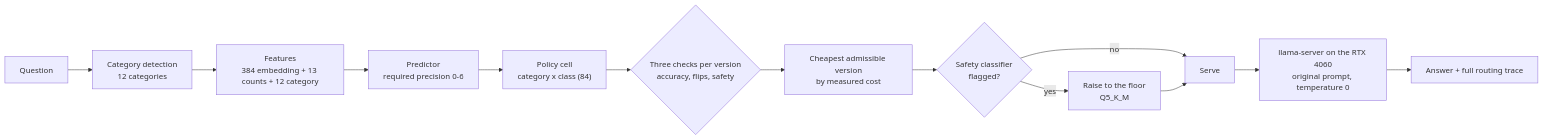
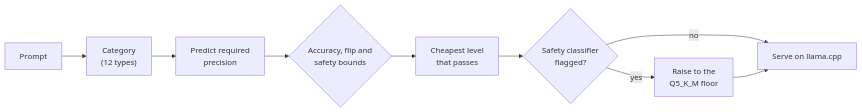
One commit to srikantlose/quant-precision-router changed the diagram in README.md. Above: the diagram before and after it, drawn with Mermaid. The commit also changed other lines of this file and 4 other files, not shown here.

````diff
--- a/README.md
+++ b/README.md
@@ -62,15 +18,11 @@
 ```mermaid
 flowchart LR
-    Q["Question"] --> C["Category detection<br/>12 categories"]
-    C --> F["Features<br/>384 embedding + 13 counts + 12 category"]
-    F --> P["Predictor<br/>required precision 0-6"]
-    P --> CELL["Policy cell<br/>category x class (84)"]
-    CELL --> G{"Three checks per version<br/>accuracy, flips, safety"}
-    G --> CH["Cheapest admissible version<br/>by measured cost"]
+    Q["Prompt"] --> C["Category<br/>(12 types)"]
+    C --> P["Predict required<br/>precision"]
+    P --> G{"Accuracy, flip and<br/>safety bounds"}
+    G --> CH["Cheapest level<br/>that passes"]
     CH --> S{"Safety classifier<br/>flagged?"}
-    S -- "yes" --> FL["Raise to the floor<br/>Q5_K_M"]
-    S -- "no" --> SV["Serve"]
+    S -- "yes" --> FL["Raise to the<br/>Q5_K_M floor"]
+    S -- "no" --> SV["Serve on llama.cpp"]
     FL --> SV
-    SV --> GPU["llama-server on the RTX 4060<br/>original prompt, temperature 0"]
-    GPU --> A["Answer + full routing trace"]
 ```
````
